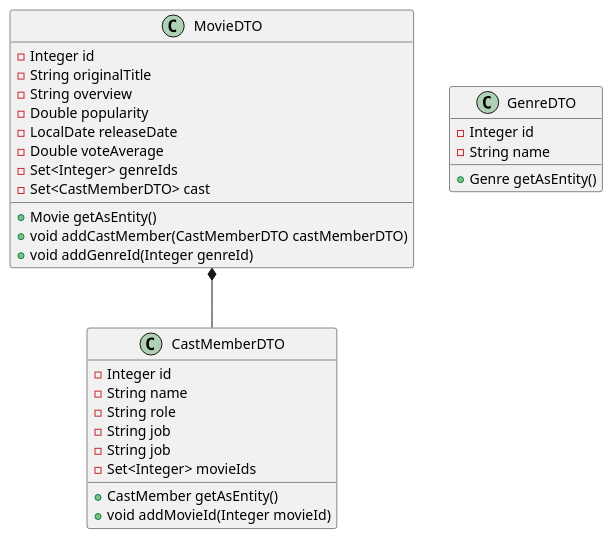
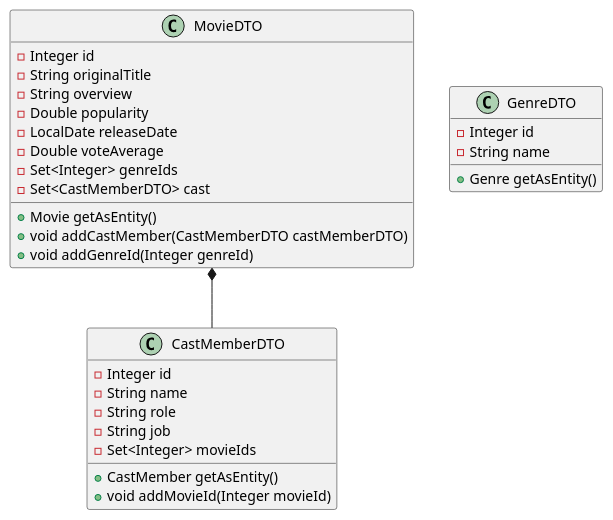
One commit to Shiihon/sp1_theMovieDb changed the diagram in doc/static/class diagrams/DTOs.puml. Above: the diagram before and after it, drawn with PlantUML.

Commit message:
Remove duplicate attribute from CastMemberDTO

```diff
--- a/doc/static/class diagrams/DTOs.puml
+++ b/doc/static/class diagrams/DTOs.puml
@@ -1,40 +1,39 @@
 @startuml
 'https://plantuml.com/class-diagram
 
 class CastMemberDTO {
     - Integer id
     - String name
     - String role
-    - String job
     - String job
     - Set<Integer> movieIds
 
     + CastMember getAsEntity()
     + void addMovieId(Integer movieId)
 }
 
 class GenreDTO {
     - Integer id
     - String name
 
     + Genre getAsEntity()
 }
 
 class MovieDTO {
     - Integer id
     - String originalTitle
     - String overview
     - Double popularity
     - LocalDate releaseDate
     - Double voteAverage
     - Set<Integer> genreIds
     - Set<CastMemberDTO> cast
 
     + Movie getAsEntity()
     + void addCastMember(CastMemberDTO castMemberDTO)
     + void addGenreId(Integer genreId)
 }
 
 MovieDTO *-- CastMemberDTO
 
 @enduml
```
